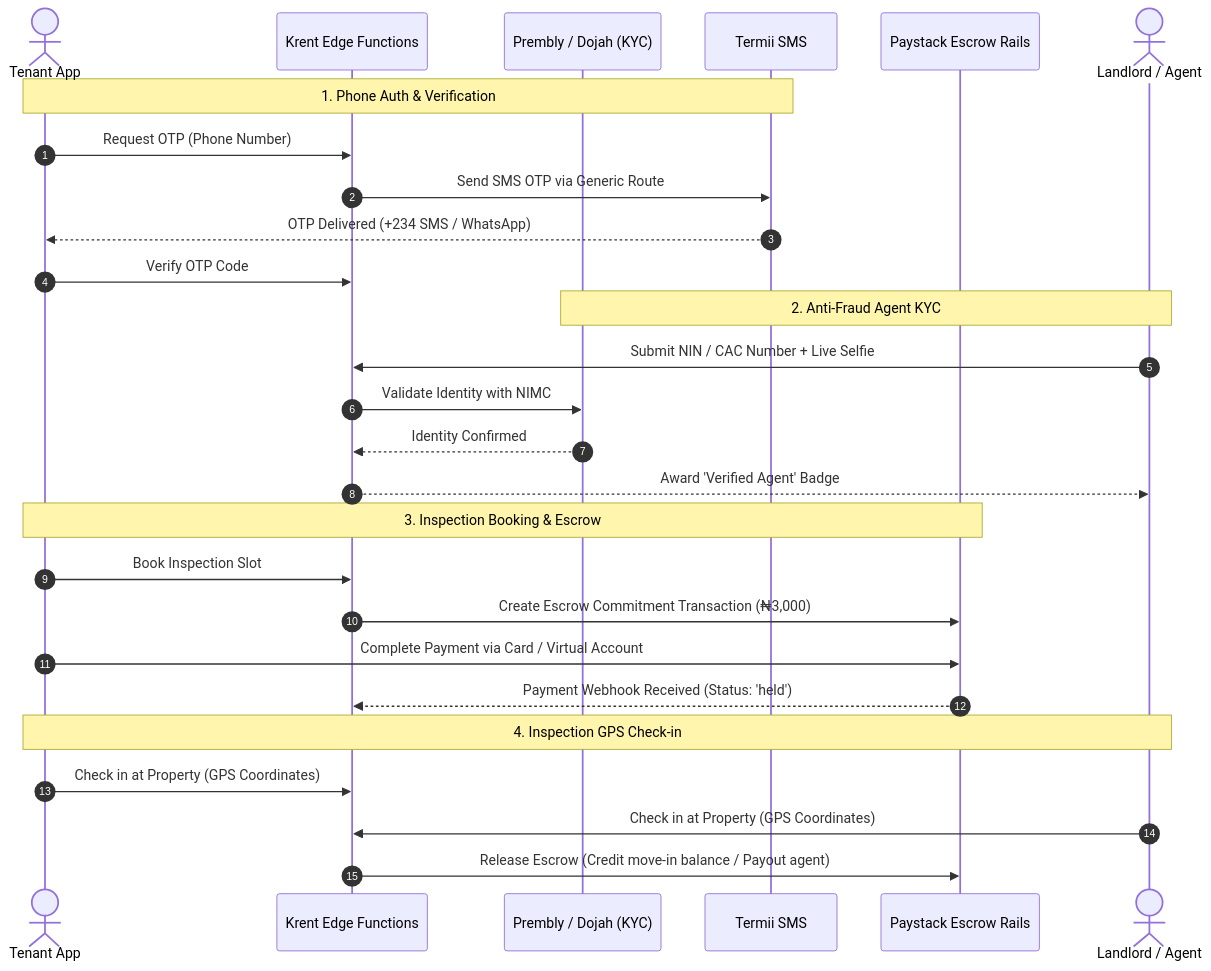
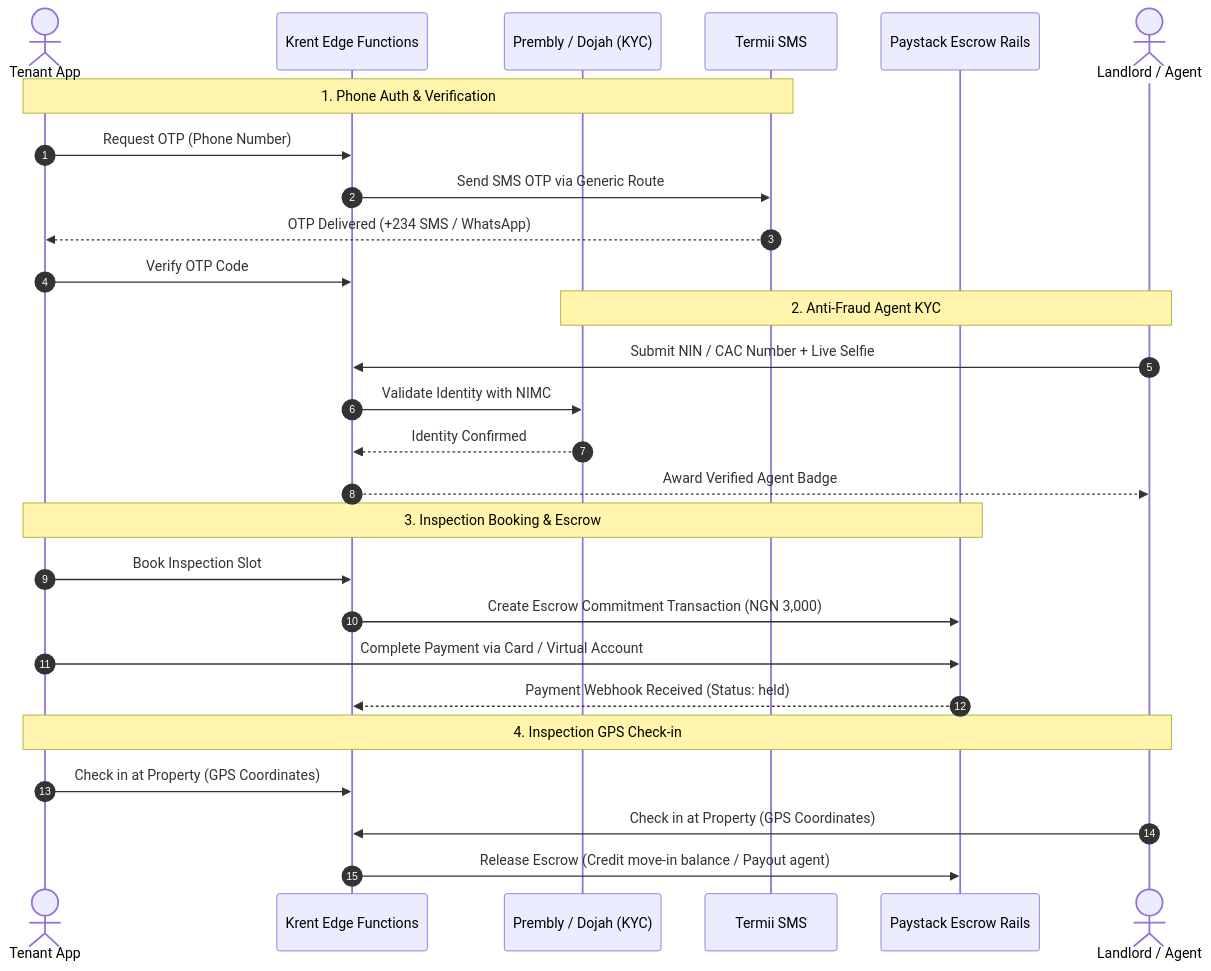
Before and after one commit to ajibolagenius/krent: the second of 4 diagrams in TECH_STACK.md, drawn with Mermaid. The commit also changed other lines of this file and 4 other files, not shown here.

Commit message:
refactor: standardize Mermaid diagram syntax and update documentation cross-references

````diff
--- a/TECH_STACK.md
+++ b/TECH_STACK.md
@@ -80,33 +81,33 @@
 ```mermaid
 sequenceDiagram
     autonumber
     actor Tenant as Tenant App
     participant Edge as Krent Edge Functions
     participant Prembly as Prembly / Dojah (KYC)
     participant Termii as Termii SMS
     participant Paystack as Paystack Escrow Rails
     actor Agent as Landlord / Agent
 
     Note over Tenant,Termii: 1. Phone Auth & Verification
     Tenant->>Edge: Request OTP (Phone Number)
     Edge->>Termii: Send SMS OTP via Generic Route
     Termii-->>Tenant: OTP Delivered (+234 SMS / WhatsApp)
     Tenant->>Edge: Verify OTP Code
 
     Note over Agent,Prembly: 2. Anti-Fraud Agent KYC
     Agent->>Edge: Submit NIN / CAC Number + Live Selfie
     Edge->>Prembly: Validate Identity with NIMC
     Prembly-->>Edge: Identity Confirmed
-    Edge-->>Agent: Award 'Verified Agent' Badge
+    Edge-->>Agent: Award Verified Agent Badge
 
     Note over Tenant,Paystack: 3. Inspection Booking & Escrow
     Tenant->>Edge: Book Inspection Slot
-    Edge->>Paystack: Create Escrow Commitment Transaction (₦3,000)
+    Edge->>Paystack: Create Escrow Commitment Transaction (NGN 3,000)
     Tenant->>Paystack: Complete Payment via Card / Virtual Account
-    Paystack-->>Edge: Payment Webhook Received (Status: 'held')
+    Paystack-->>Edge: Payment Webhook Received (Status: held)
 
     Note over Tenant,Agent: 4. Inspection GPS Check-in
     Tenant->>Edge: Check in at Property (GPS Coordinates)
     Agent->>Edge: Check in at Property (GPS Coordinates)
     Edge->>Paystack: Release Escrow (Credit move-in balance / Payout agent)
 ```
````
